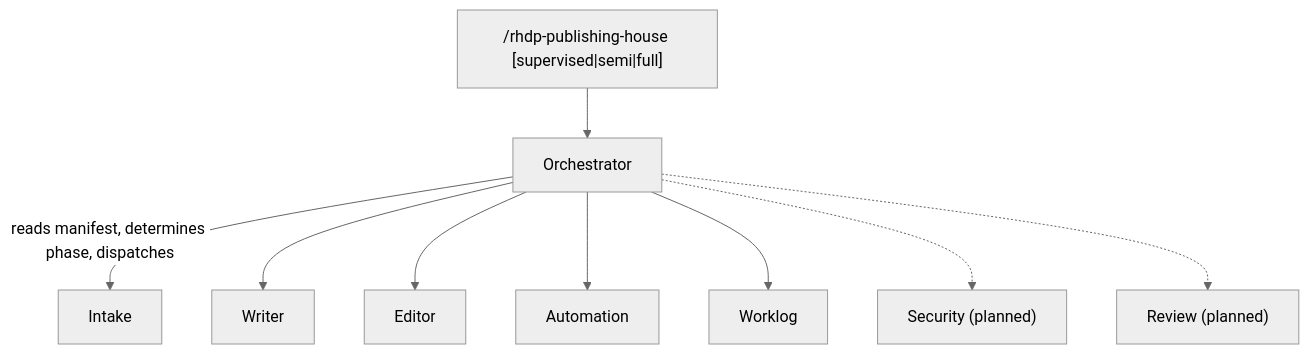
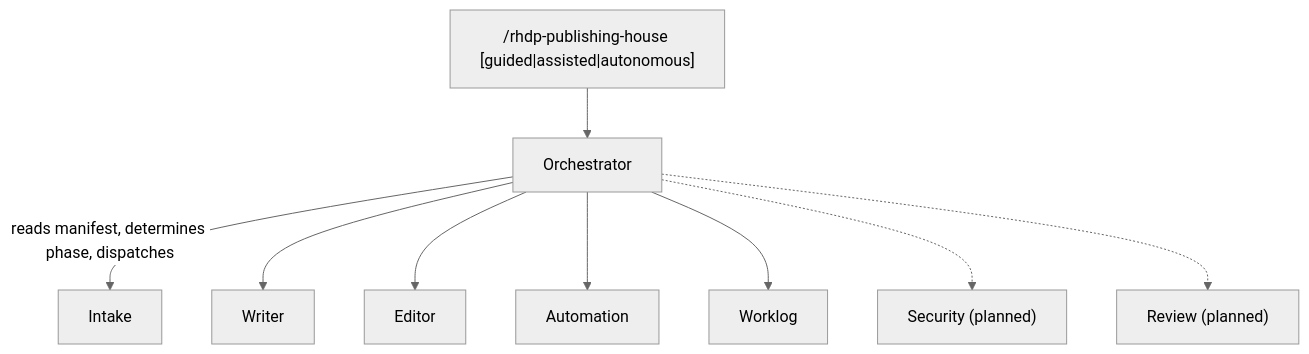
Before and after one commit to treddy08/rhdp-publishing-house: the second of 2 diagrams in docs/executive-summary.md, drawn with Mermaid (neutral theme). The commit also changed other lines of this file and 5 other files, not shown here.

First line of the commit message:
Rename autonomy modes: supervised→guided, semi→assisted, full→autonomous

````diff
--- a/docs/executive-summary.md
+++ b/docs/executive-summary.md
@@ -79,11 +79,11 @@
 ```mermaid
 graph TD
-    CMD["/rhdp-publishing-house [supervised|semi|full]"] --> O[Orchestrator]
+    CMD["/rhdp-publishing-house [guided|assisted|autonomous]"] --> O[Orchestrator]
     O --> |"reads manifest, determines phase, dispatches"| I[Intake]
     O --> W[Writer]
     O --> Ed[Editor]
     O --> Au[Automation]
     O --> Wl[Worklog]
     O -.-> Se["Security (planned)"]
     O -.-> Re["Review (planned)"]
 ```
````
